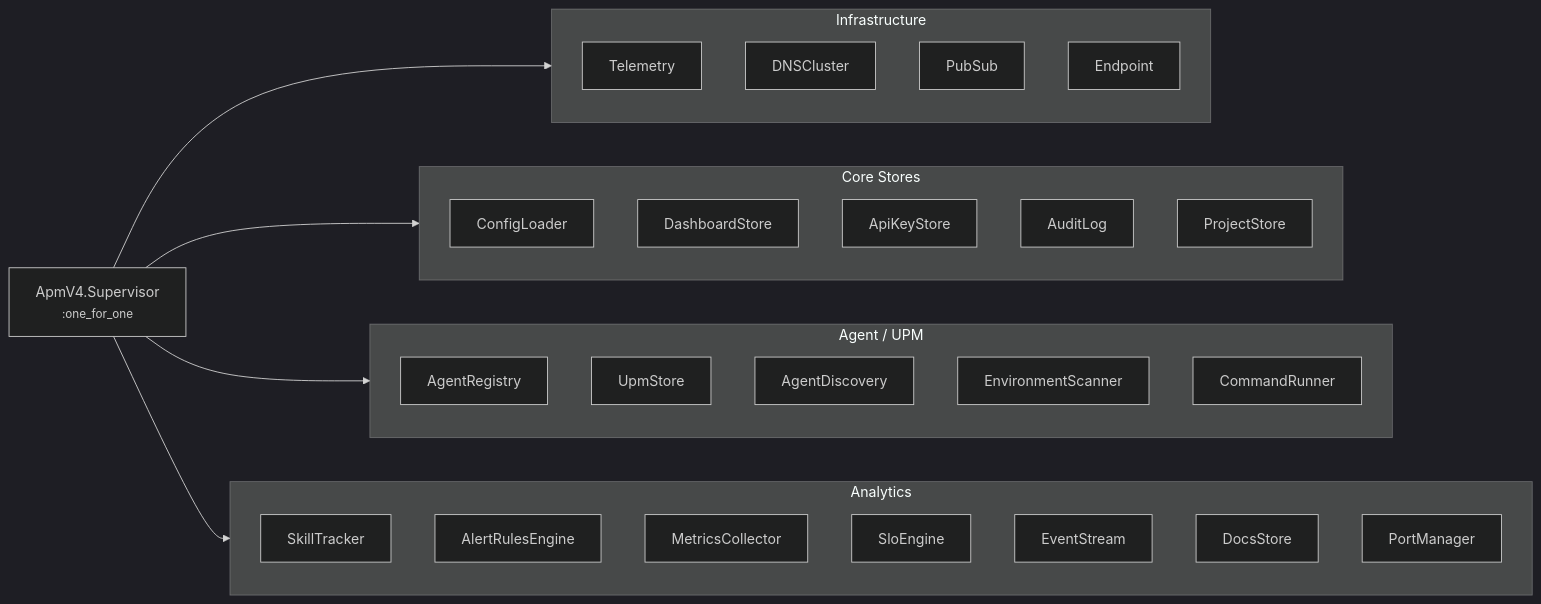
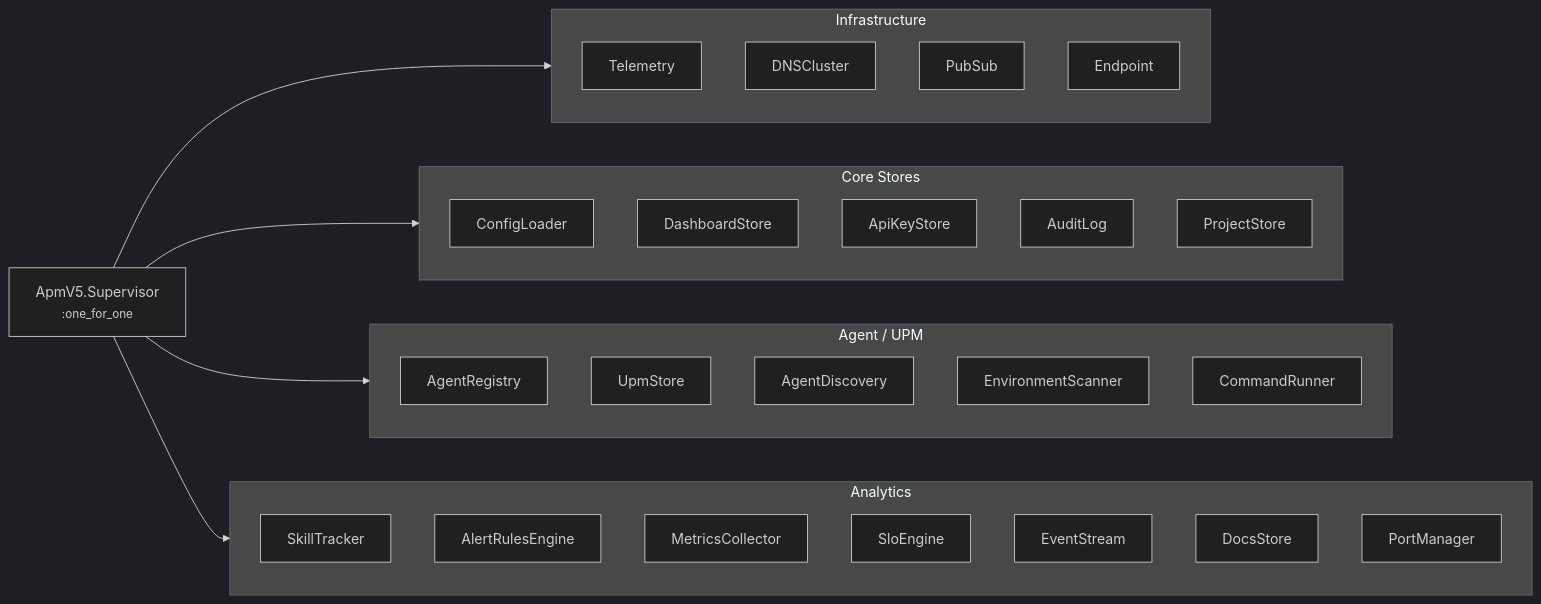
Before and after one commit to peguesj/ccem-apm: the second of 2 diagrams in priv/docs/developer/architecture.md, drawn with Mermaid (dark theme). The commit also changed other lines of this file and 316 other files, not shown here.

````diff
--- a/priv/docs/developer/architecture.md
+++ b/priv/docs/developer/architecture.md
@@ -26,42 +26,42 @@
 ```mermaid
 graph LR
-    Root["ApmV4.Supervisor<br/><small>:one_for_one</small>"]
+    Root["ApmV5.Supervisor<br/><small>:one_for_one</small>"]
 
     subgraph infra ["Infrastructure"]
         T["Telemetry"]
         DNS["DNSCluster"]
         PS["PubSub"]
         EP["Endpoint"]
     end
 
     subgraph stores ["Core Stores"]
         CL["ConfigLoader"]
         DS["DashboardStore"]
         AK["ApiKeyStore"]
         AL["AuditLog"]
         PSt["ProjectStore"]
     end
 
     subgraph agents ["Agent / UPM"]
         AR["AgentRegistry"]
         US["UpmStore"]
         AD["AgentDiscovery"]
         ENV["EnvironmentScanner"]
         CR["CommandRunner"]
     end
 
     subgraph analytics ["Analytics"]
         SK["SkillTracker"]
         ARE["AlertRulesEngine"]
         MC["MetricsCollector"]
         SLO["SloEngine"]
         ES["EventStream"]
         Doc["DocsStore"]
         PM["PortManager"]
     end
 
     Root --> infra
     Root --> stores
     Root --> agents
     Root --> analytics
 ```
````
